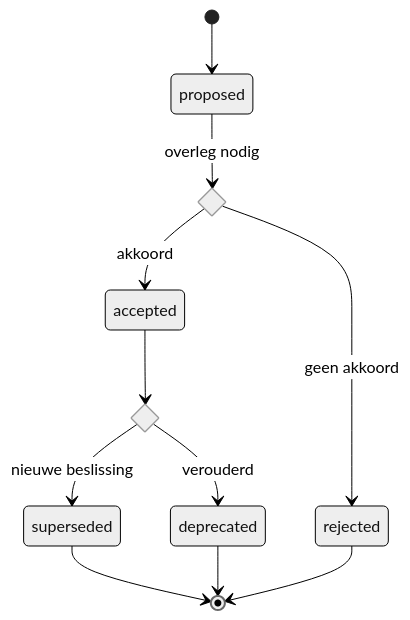
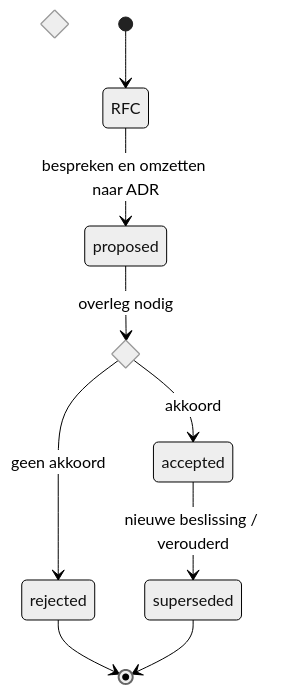
Before and after one commit to Ignace-Terwagne/scholar-docs: the first of 2 diagrams in docs/ict-architecture/theorie/theorie-4.mdx, drawn with Mermaid (neutral theme). The commit also changed other lines of this file, not shown here.

````diff
--- a/docs/ict-architecture/theorie/theorie-4.mdx
+++ b/docs/ict-architecture/theorie/theorie-4.mdx
@@ -161,19 +189,18 @@
 ```mermaid
 ---
 config:
     direction TB
 ---
 stateDiagram-v2
+
     state proposed_choice <<choice>>
     state accepted_choice <<choice>>
-	[*] --> proposed
+    [*] --> RFC 
+	RFC --> proposed : bespreken en omzetten naar ADR
     proposed --> proposed_choice : overleg nodig
     proposed_choice --> accepted : akkoord
     proposed_choice --> rejected : geen akkoord
-    accepted --> accepted_choice
-    accepted_choice --> superseded : nieuwe beslissing
-    accepted_choice --> deprecated : verouderd
-    deprecated --> [*]
+    accepted --> superseded : nieuwe beslissing / verouderd
     rejected --> [*]
     superseded --> [*]
 ```
````
